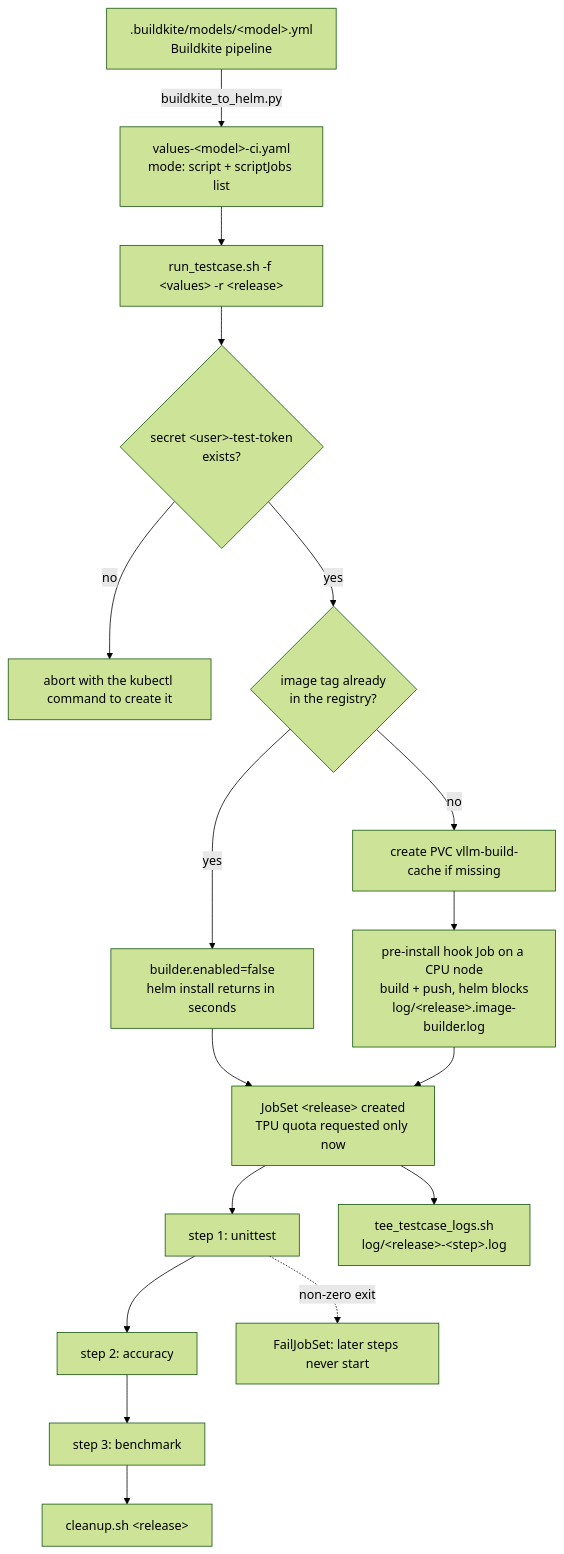
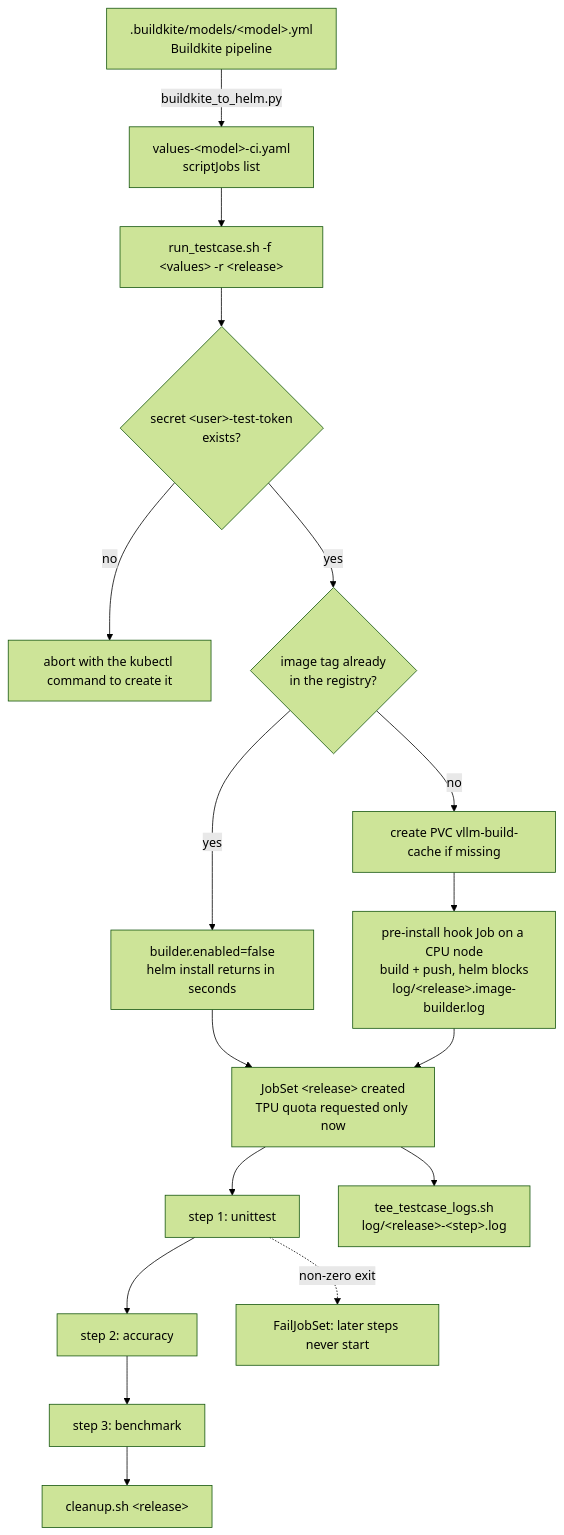
Before and after one commit to vllm-project/tpu-inference: the diagram in .buildkite/gke/helm/README.md, drawn with Mermaid (forest theme). The commit also changed other lines of this file and 1 other file, not shown here.

First line of the commit message:
gke: merge the two READMEs into helm/README.md

````diff
--- a/.buildkite/gke/helm/README.md
+++ b/.buildkite/gke/helm/README.md
@@ -587,17 +68,17 @@
 ```mermaid
 flowchart TD
-    BK[".buildkite/models/&lt;model&gt;.yml<br/>Buildkite pipeline"] -->|buildkite_to_helm.py| V["values-&lt;model&gt;-ci.yaml<br/>mode: script + scriptJobs list"]
+    BK[".buildkite/models/&lt;model&gt;.yml<br/>Buildkite pipeline"] -->|buildkite_to_helm.py| V["values-&lt;model&gt;-ci.yaml<br/>scriptJobs list"]
     V --> RT["run_testcase.sh -f &lt;values&gt; -r &lt;release&gt;"]
     RT --> SEC{"secret &lt;user&gt;-test-token<br/>exists?"}
     SEC -->|no| ERR["abort with the kubectl command to create it"]
     SEC -->|yes| Q{"image tag already<br/>in the registry?"}
     Q -->|yes| SKIP["builder.enabled=false<br/>helm install returns in seconds"]
     Q -->|no| PVC["create PVC vllm-build-cache if missing"]
     PVC --> HOOK["pre-install hook Job on a CPU node<br/>build + push, helm blocks<br/>log/&lt;release&gt;.image-builder.log"]
     SKIP --> JS
     HOOK --> JS["JobSet &lt;release&gt; created<br/>TPU quota requested only now"]
     JS --> S1["step 1: unittest"] --> S2["step 2: accuracy"] --> S3["step 3: benchmark"]
     S1 -.->|non-zero exit| FAIL["FailJobSet: later steps never start"]
     JS --> TEE["tee_testcase_logs.sh<br/>log/&lt;release&gt;-&lt;step&gt;.log"]
     S3 --> CLEAN["cleanup.sh &lt;release&gt;"]
 ```
````
